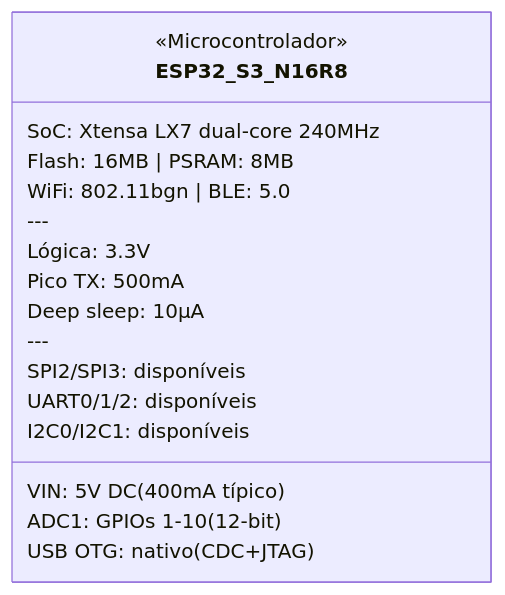
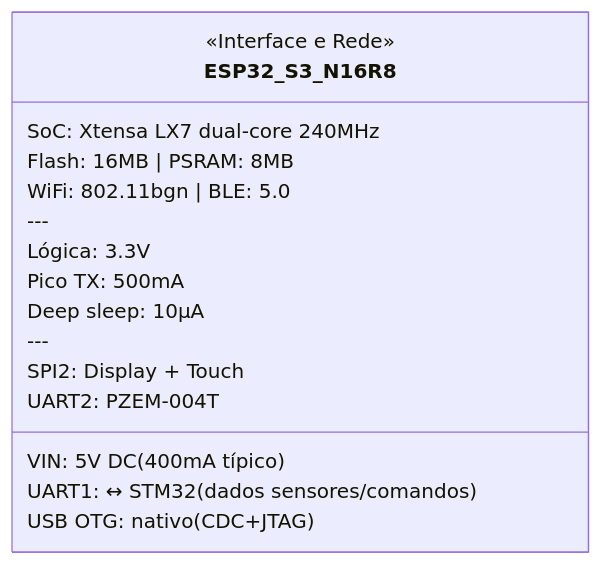
Before and after one commit to SamuelMoraesF/iot-oster-prima-latte2: the second of 5 diagrams in docs/COMPONENTES.md, drawn with Mermaid. The commit also changed other lines of this file, not shown here.

First line of the commit message:
Reestrutura para dual-controller (STM32 + ESP32)

````diff
--- a/docs/COMPONENTES.md
+++ b/docs/COMPONENTES.md
@@ -63,20 +77,19 @@
 ```mermaid
 classDiagram
     class ESP32_S3_N16R8 {
-        <<Microcontrolador>>
+        <<Interface e Rede>>
         SoC: Xtensa LX7 dual-core 240MHz
         Flash: 16MB | PSRAM: 8MB
         WiFi: 802.11bgn | BLE: 5.0
         ---
         VIN: 5V DC (400mA típico)
         Lógica: 3.3V
         Pico TX: 500mA
         Deep sleep: 10µA
         ---
-        ADC1: GPIOs 1-10 (12-bit)
-        SPI2/SPI3: disponíveis
-        UART0/1/2: disponíveis
-        I2C0/I2C1: disponíveis
+        SPI2: Display + Touch
+        UART1: ↔ STM32 (dados sensores/comandos)
+        UART2: PZEM-004T
         USB OTG: nativo (CDC+JTAG)
     }
 ```
````
